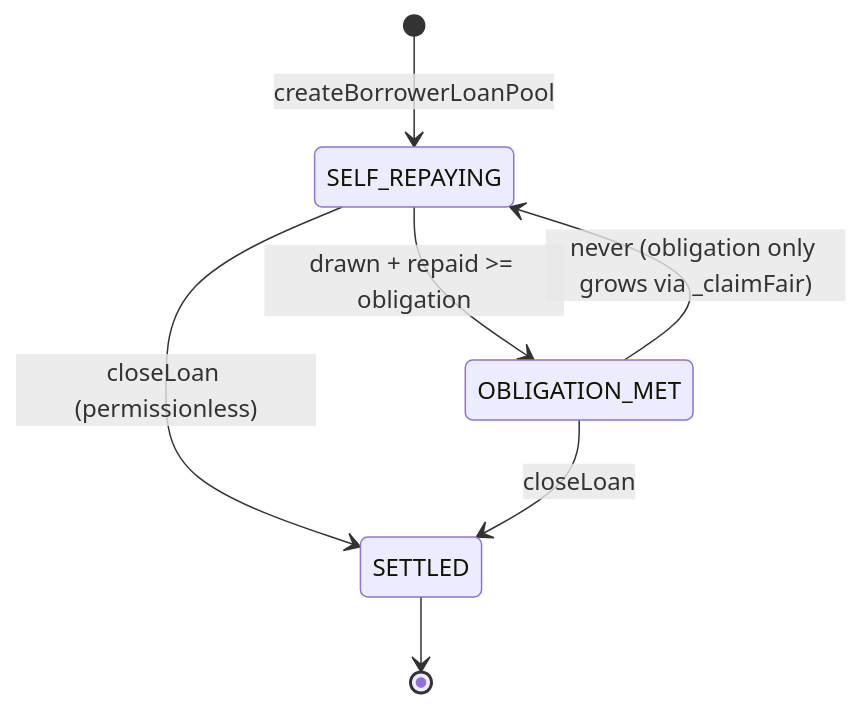
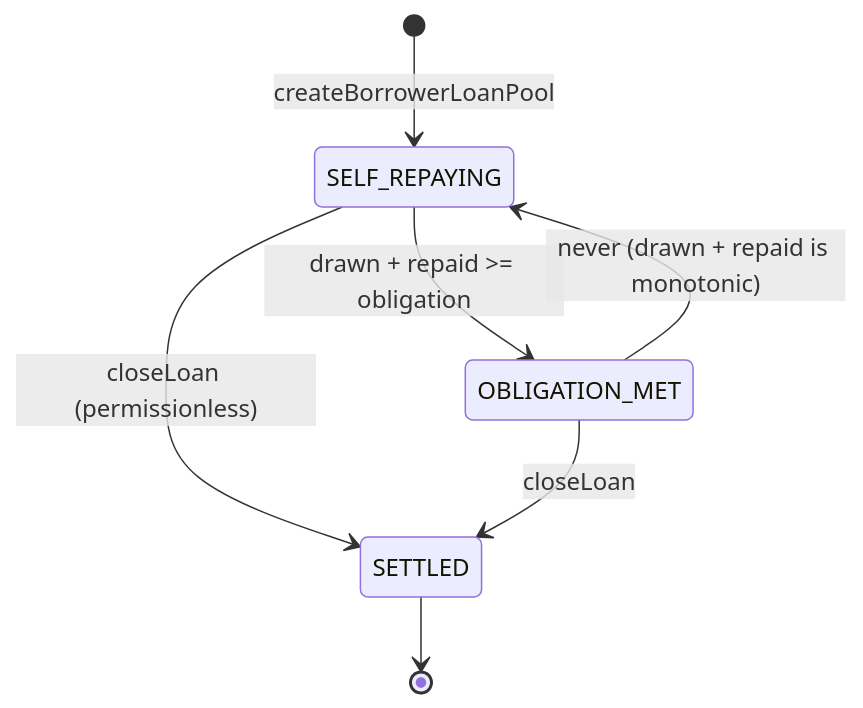
One commit to ayeslick/OVRFLO changed the second of 2 diagrams in docs/plans/2026-07-25-001-feat-web-ux-v1-implementation-plan.md. Above: the diagram before and after it, drawn with Mermaid. The commit also changed other lines of this file, not shown here.

````diff
--- a/docs/plans/2026-07-25-001-feat-web-ux-v1-implementation-plan.md
+++ b/docs/plans/2026-07-25-001-feat-web-ux-v1-implementation-plan.md
@@ -212,9 +213,9 @@
 ```mermaid
 stateDiagram-v2
     [*] --> SELF_REPAYING : createBorrowerLoanPool
     SELF_REPAYING --> OBLIGATION_MET : drawn + repaid >= obligation
     SELF_REPAYING --> SETTLED : closeLoan (permissionless)
     OBLIGATION_MET --> SETTLED : closeLoan
-    OBLIGATION_MET --> SELF_REPAYING : never (obligation only grows via _claimFair)
+    OBLIGATION_MET --> SELF_REPAYING : never (drawn + repaid is monotonic)
     SETTLED --> [*]
 ```
````
